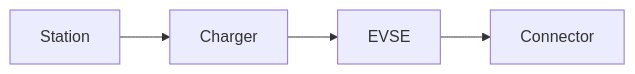
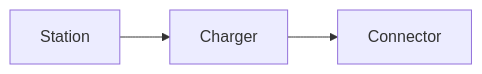
One commit to AFayziev/ev-charging-system-design-lab changed the diagram in docs/domain.md. Above: the diagram before and after it, drawn with Mermaid. The commit also changed other lines of this file and 37 other files, not shown here.

````diff
--- a/docs/domain.md
+++ b/docs/domain.md
@@ -52,6 +51,5 @@
 ```mermaid
 flowchart LR
     S[Station] --> C[Charger]
-    C --> E[EVSE]
-    E --> K[Connector]
+    C --> K[Connector]
 ```
````
